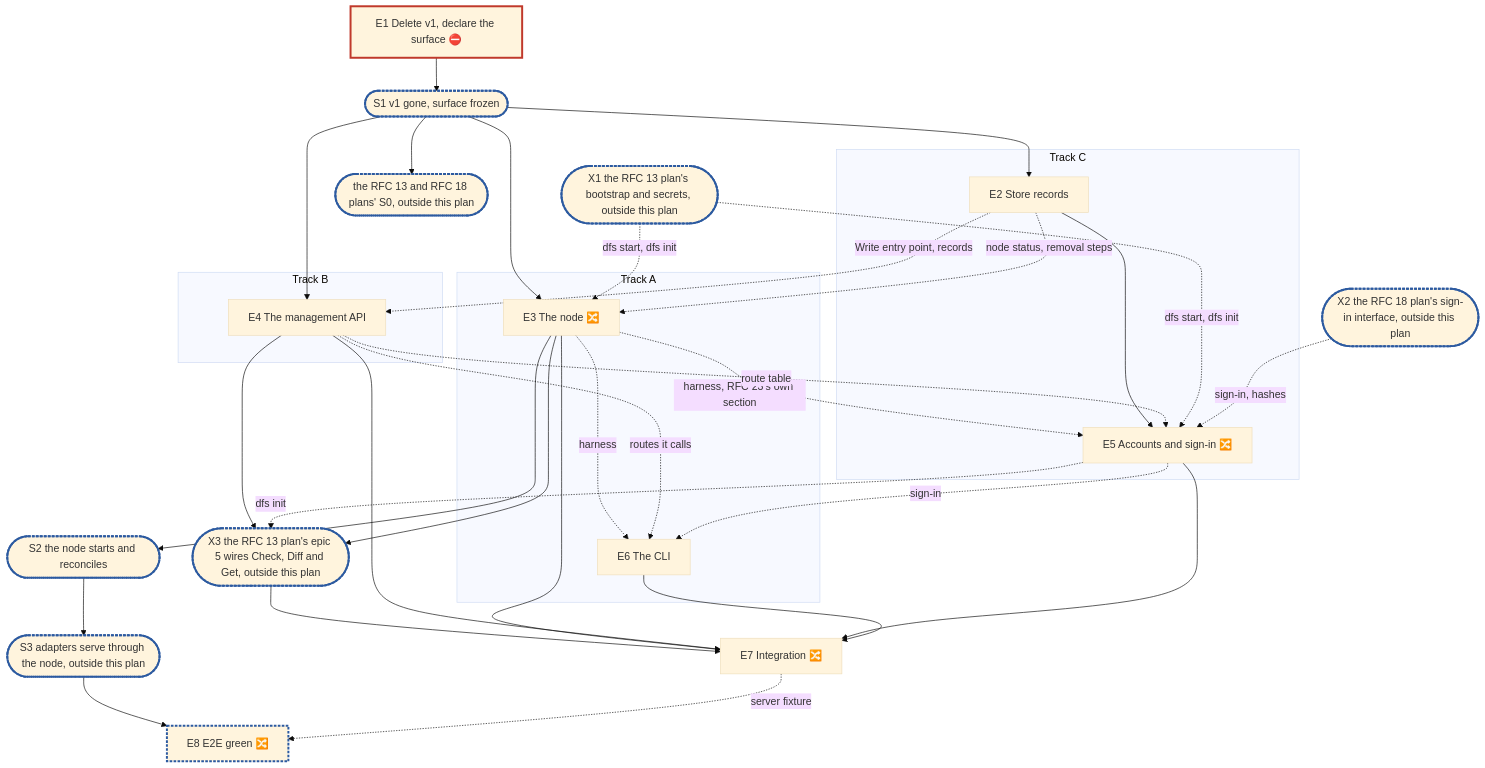
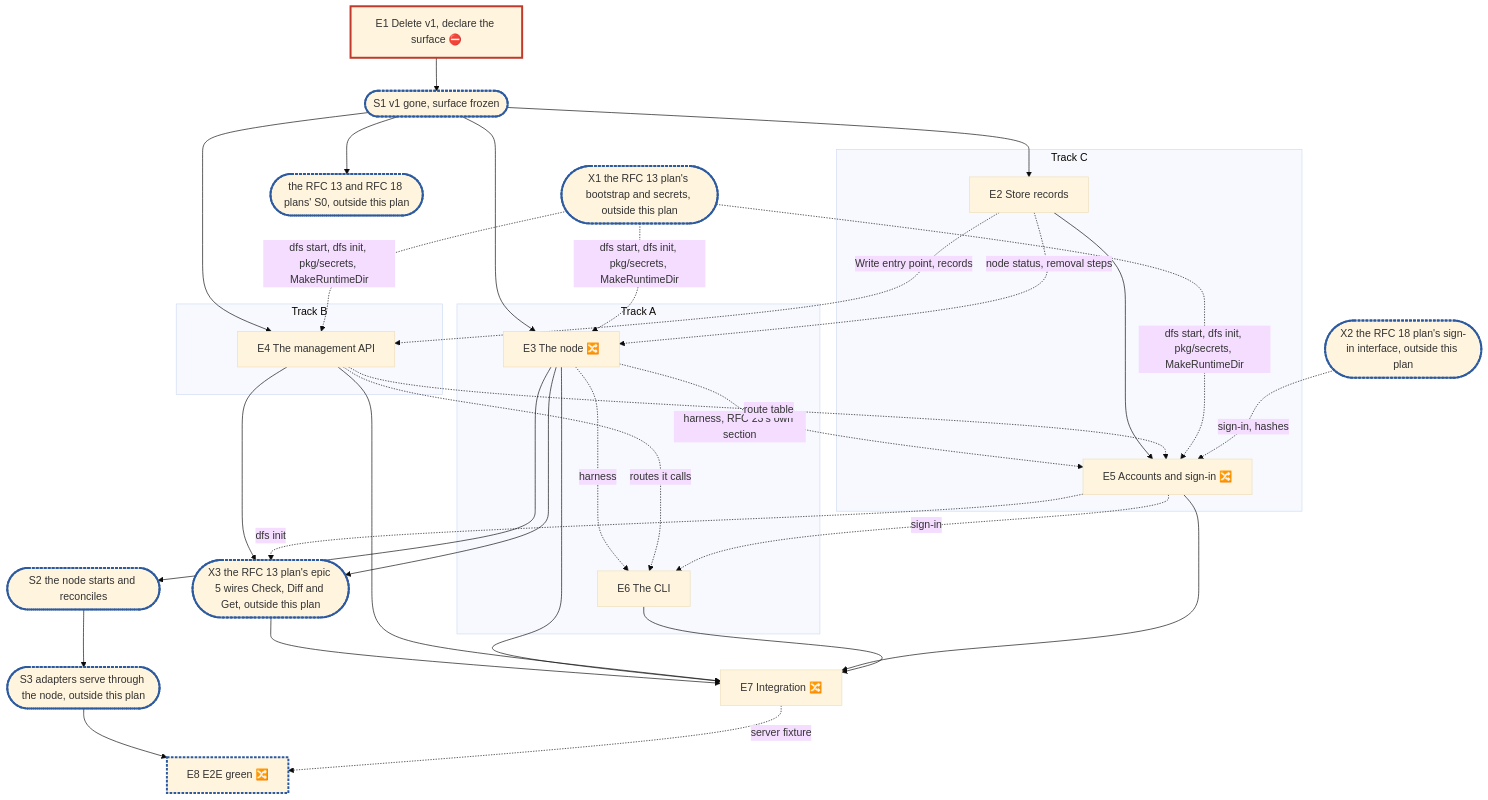
The diagram in docs/internals/planning/rfc-23-control-plane-plan.md (cubbit/dittofs), drawn with Mermaid (base theme) before and after one commit. The commit also changed other lines of this file and 4 other files, not shown here.

First line of the commit message:
docs(planning): break down RFC 13 epic 2, bootstrap, node identity and versions (#4518)

````diff
--- a/docs/internals/planning/rfc-23-control-plane-plan.md
+++ b/docs/internals/planning/rfc-23-control-plane-plan.md
@@ -438,33 +438,33 @@
 ```mermaid
 flowchart TD
   E1["E1 Delete v1, declare the surface ⛔"]:::blocker --> S1(["S1 v1 gone, surface frozen"]):::sync
   subgraph A["Track A"]
     E3["E3 The node 🔀"] -. "harness" .-> E6["E6 The CLI"]
   end
   subgraph B["Track B"]
     E4["E4 The management API"]
   end
   subgraph C["Track C"]
     E2["E2 Store records"] --> E5["E5 Accounts and sign-in 🔀"]
   end
   S1 --> E2 & E3 & E4
   S1 --> P(["the RFC 13 and RFC 18 plans' S0, outside this plan"]):::sync
   E2 -. "Write entry point, records" .-> E4
   E2 -. "node status, removal steps" .-> E3
   E3 --> S2(["S2 the node starts and reconciles"]):::sync
   E4 -. "routes it calls" .-> E6
   E5 -. "sign-in" .-> E6
   E3 -. "harness, RFC 23's own section" .-> E5
   E4 -. "route table" .-> E5
   E3 & E4 --> X3(["X3 the RFC 13 plan's epic 5 wires Check, Diff and Get, outside this plan"]):::sync
   E5 -. "dfs init" .-> X3
   X3 --> E7
   E3 & E4 & E5 & E6 --> E7["E7 Integration 🔀"]
   S2 --> S3
-  X1(["X1 the RFC 13 plan's bootstrap and secrets, outside this plan"]):::sync -. "dfs start, dfs init" .-> E3 & E5
+  X1(["X1 the RFC 13 plan's bootstrap and secrets, outside this plan"]):::sync -. "dfs start, dfs init, pkg/secrets, MakeRuntimeDir" .-> E3 & E4 & E5
   X2(["X2 the RFC 18 plan's sign-in interface, outside this plan"]):::sync -. "sign-in, hashes" .-> E5
   S3(["S3 adapters serve through the node, outside this plan"]):::sync --> E8["E8 E2E green 🔀"]:::sync
   E7 -. "server fixture" .-> E8
   classDef blocker stroke:#c0392b,stroke-width:3px
   classDef sync stroke:#2c5aa0,stroke-width:3px,stroke-dasharray:4 2
 ```
````
